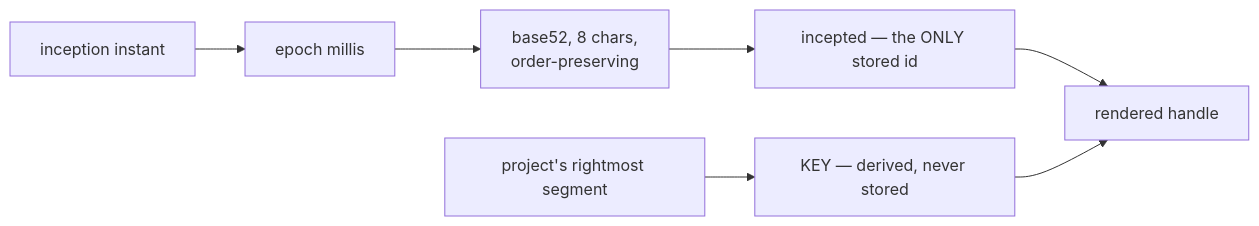
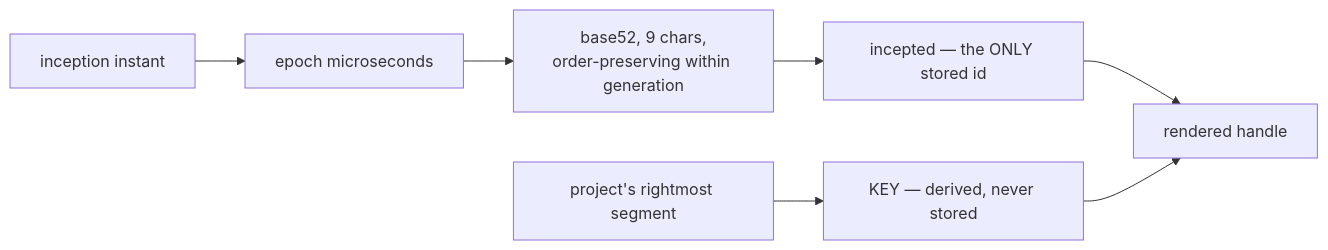
One commit to infimalabs/spice changed the sixth of 9 diagrams in docs/product/model/domain.md. Above: the diagram before and after it, drawn with Mermaid. The commit also changed other lines of this file and 20 other files, not shown here.

````diff
--- a/docs/product/model/domain.md
+++ b/docs/product/model/domain.md
@@ -93,9 +93,9 @@
 ```mermaid
 flowchart LR
-  T["inception instant"] --> E["epoch millis"]
-  E --> B["base52, 8 chars,<br/>order-preserving"]
+  T["inception instant"] --> E["epoch microseconds"]
+  E --> B["base52, 9 chars,<br/>order-preserving within generation"]
   B --> I["incepted — the ONLY stored id"]
   P["project's rightmost segment"] --> K["KEY — derived, never stored"]
   I --> H["rendered handle"]
   K --> H
 ```
````
